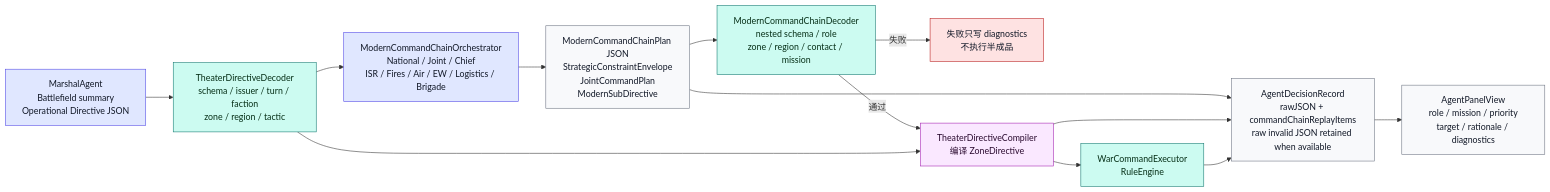
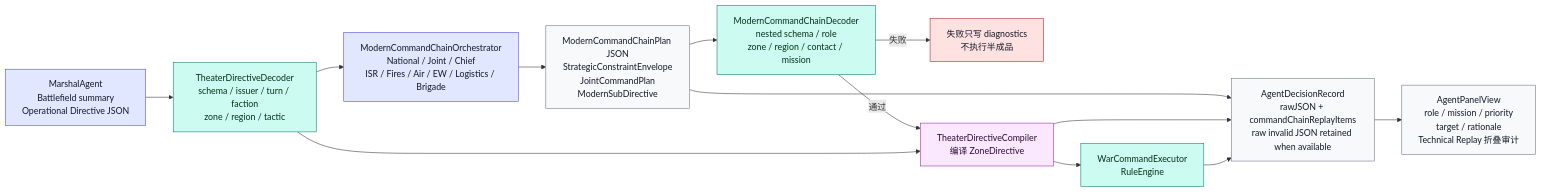
The eighth of 20 diagrams in md/flow/flowchart.md (Altman-sam114/127), drawn with Mermaid before and after one commit. The commit also changed other lines of this file and 6 other files, not shown here.

Commit message:
feat(ui): fold AI technical replay

````diff
--- a/md/flow/flowchart.md
+++ b/md/flow/flowchart.md
@@ -230,29 +230,29 @@
 ```mermaid
 flowchart LR
     MARSHAL["MarshalAgent<br/>Battlefield summary<br/>Operational Directive JSON"]:::agent
     TDEC["TheaterDirectiveDecoder<br/>schema / issuer / turn / faction<br/>zone / region / tactic"]:::rules
     ORCH["ModernCommandChainOrchestrator<br/>National / Joint / Chief<br/>ISR / Fires / Air / EW / Logistics / Brigade"]:::agent
     CJSON["ModernCommandChainPlan JSON<br/>StrategicConstraintEnvelope<br/>JointCommandPlan<br/>ModernSubDirective"]:::data
     CDEC["ModernCommandChainDecoder<br/>nested schema / role<br/>zone / region / contact / mission"]:::rules
     FAIL["失败只写 diagnostics<br/>不执行半成品"]:::stop
     COMP["TheaterDirectiveCompiler<br/>编译 ZoneDirective"]:::command
     EXEC["WarCommandExecutor<br/>RuleEngine"]:::rules
     RECORD["AgentDecisionRecord<br/>rawJSON + commandChainReplayItems<br/>raw invalid JSON retained when available"]:::display
-    PANEL["AgentPanelView<br/>role / mission / priority<br/>target / rationale / diagnostics"]:::display
+    PANEL["AgentPanelView<br/>role / mission / priority<br/>target / rationale<br/>Technical Replay 折叠审计"]:::display
 
     MARSHAL --> TDEC --> ORCH --> CJSON --> CDEC
     CDEC -->|通过| COMP --> EXEC
     CDEC -->|失败| FAIL
     TDEC --> COMP
     CJSON --> RECORD
     COMP --> RECORD
     EXEC --> RECORD
     RECORD --> PANEL
 
     classDef agent fill:#e0e7ff,stroke:#4f46e5,color:#111827
     classDef data fill:#f8f9fb,stroke:#6b7280,color:#111827
     classDef rules fill:#ccfbf1,stroke:#0f766e,color:#052e16
     classDef command fill:#fae8ff,stroke:#a21caf,color:#2a0a2f
     classDef display fill:#f8f9fb,stroke:#6b7280,color:#111827
     classDef stop fill:#fee2e2,stroke:#b91c1c,color:#111827
 ```
````
